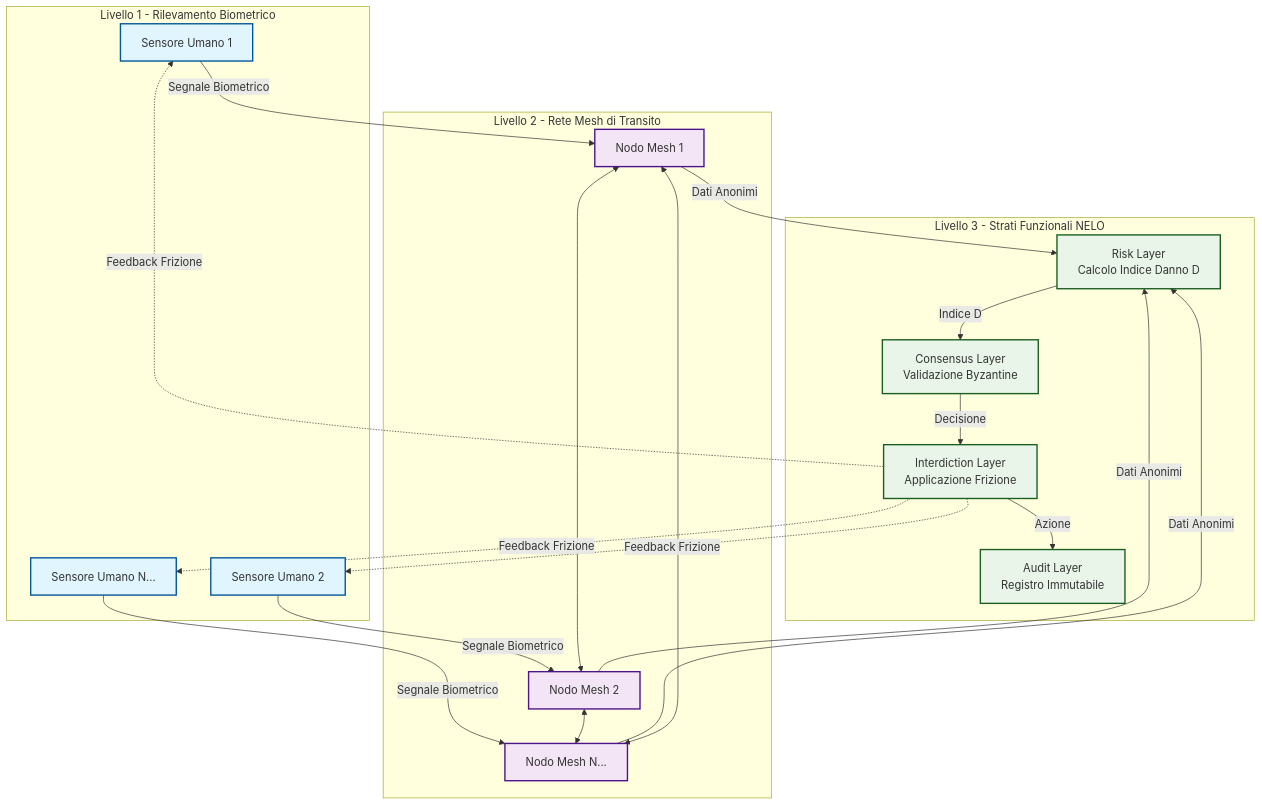
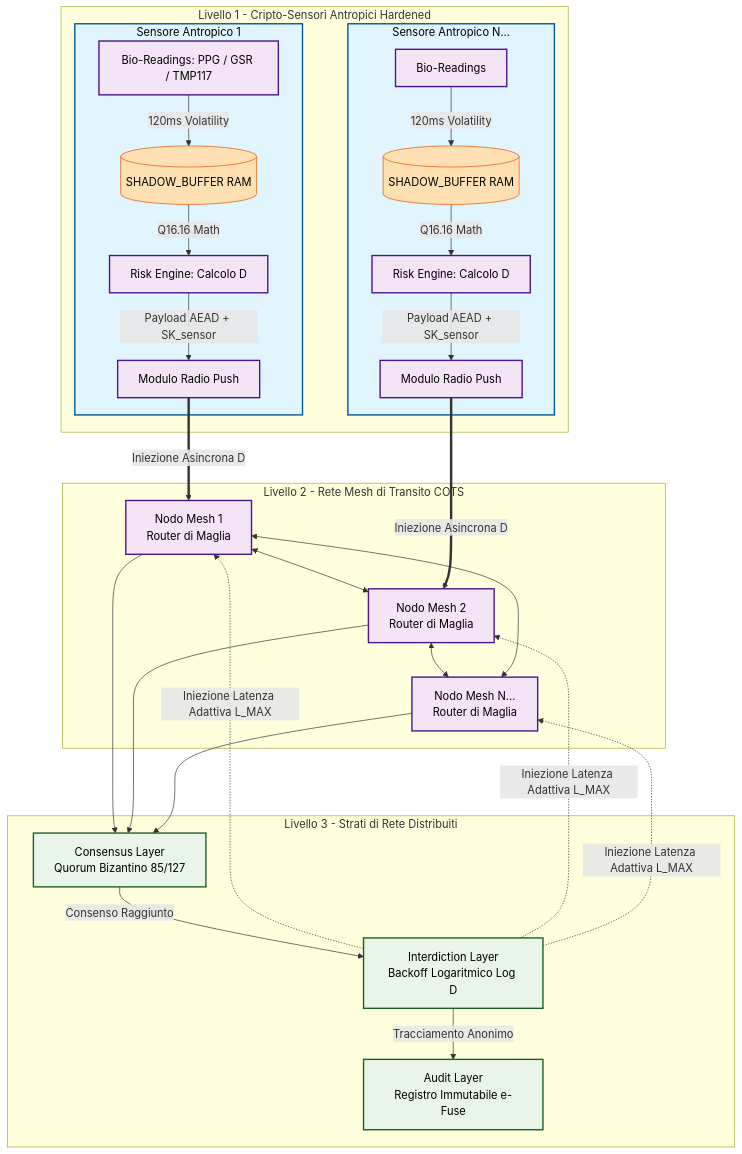
Before and after one commit to Architetto69/nelo-protocol: the diagram in .github/docs/Schema_Concettuale.md, drawn with Mermaid. The commit also changed other lines of this file, not shown here.

````diff
--- a/.github/docs/Schema_Concettuale.md
+++ b/.github/docs/Schema_Concettuale.md
@@ -3,56 +3,62 @@
 ```mermaid
 graph TB
-    %% Livello 1: Sensori Biometrici
-    subgraph L1 [Livello 1 - Rilevamento Biometrico]
-        S1[Sensore Umano 1]
-        S2[Sensore Umano 2]
-        S3[Sensore Umano N...]
+    %% Livello 1: Cripto-Sensori Antropici (Calcolo Locale e Blindato)
+    subgraph L1 [Livello 1 - Cripto-Sensori Antropici Hardened]
+        subgraph S1 [Sensore Antropico 1]
+            B1[Bio-Readings: PPG / GSR / TMP117] -->|120ms Volatility| MB1[(SHADOW_BUFFER RAM)]
+            MB1 -->|Q16.16 Math| RL1[Risk Engine: Calcolo D]
+            RL1 -->|Payload AEAD + SK_sensor| TX1[Modulo Radio Push]
+        end
+        subgraph S2 [Sensore Antropico N...]
+            B2[Bio-Readings] -->|120ms Volatility| MB2[(SHADOW_BUFFER RAM)]
+            MB2 -->|Q16.16 Math| RL2[Risk Engine: Calcolo D]
+            RL2 -->|Payload AEAD + SK_sensor| TX2[Modulo Radio Push]
+        end
     end
 
-    %% Livello 2: Nodi di Transito
-    subgraph L2 [Livello 2 - Rete Mesh di Transito]
-        N1[Nodo Mesh 1]
-        N2[Nodo Mesh 2]
-        N3[Nodo Mesh N...]
+    %% Livello 2: Rete Mesh di Transito Sacrificabile
+    subgraph L2 [Livello 2 - Rete Mesh di Transito COTS]
+        N1[Nodo Mesh 1 <br/>Router di Maglia]
+        N2[Nodo Mesh 2 <br/>Router di Maglia]
+        N3[Nodo Mesh N... <br/>Router di Maglia]
+        
+        N1 <--> N2
+        N2 <--> N3
+        N3 <--> N1
     end
 
-    %% Livello 3: Strati Funzionali
-    subgraph L3 [Livello 3 - Strati Funzionali NELO]
-        RL[Risk Layer<br/>Calcolo Indice Danno D]
-        CL[Consensus Layer<br/>Validazione Byzantine]
-        IL[Interdiction Layer<br/>Applicazione Frizione]
-        AL[Audit Layer<br/>Registro Immutabile]
+    %% Livello 3: Strati Consensuali e di Interdizione Distribuiti
+    subgraph L3 [Livello 3 - Strati di Rete Distribuiti]
+        CL[Consensus Layer<br/>Quorum Bizantino 85/127]
+        IL[Interdiction Layer<br/>Backoff Logaritmico Log D]
+        AL[Audit Layer<br/>Registro Immutabile e-Fuse]
     end
 
-    %% Collegamenti principali
-    S1 -- Segnale Biometrico --> N1
-    S2 -- Segnale Biometrico --> N2
-    S3 -- Segnale Biometrico --> N3
+    %% Flusso Unidirezionale dei Dati
+    TX1 ==>|Iniezione Asincrona D| N1
+    TX2 ==>|Iniezione Asincrona D| N2
 
-    N1 -- Dati Anonimi --> RL
-    N2 -- Dati Anonimi --> RL
-    N3 -- Dati Anonimi --> RL
+    %% Elaborazione e Consenso di Rete
+    N1 --> CL
+    N2 --> CL
+    N3 --> CL
+    
+    CL -->|Consenso Raggiunto| IL
+    IL -->|Tracciamento Anonimo| AL
 
-    RL -- Indice D --> CL
-    CL -- Decisione --> IL
-    IL -- Azione --> AL
+    %% Applicazione della Frizione Meccanica (Feedback sulla Rete)
+    IL -.->|Iniezione Latenza Adattiva L_MAX| N1
+    IL -.->|Iniezione Latenza Adattiva L_MAX| N2
+    IL -.->|Iniezione Latenza Adattiva L_MAX| N3
 
-    %% Collegamenti di ritorno
-    IL -. Feedback Frizione .-> S1
-    IL -. Feedback Frizione .-> S2
-    IL -. Feedback Frizione .-> S3
+    %% Stili Rigorosi
+    classDef sensor fill:#e1f5fe,stroke:#01579b,stroke-width:2px,color:#000
+    classDef buffer fill:#ffe0b2,stroke:#e65100,stroke-width:1px,color:#000
+    classDef node fill:#f3e5f5,stroke:#4a148c,stroke-width:2px,color:#000
+    classDef layer fill:#e8f5e8,stroke:#1b5e20,stroke-width:2px,color:#000
 
-    %% Collegamenti orizzontali (mesh)
-    N1 <--> N2
-    N2 <--> N3
-    N3 <--> N1
-
-    %% Stile e disposizione
-    classDef sensor fill:#e1f5fe,stroke:#01579b,stroke-width:2px
-    classDef node fill:#f3e5f5,stroke:#4a148c,stroke-width:2px
-    classDef layer fill:#e8f5e8,stroke:#1b5e20,stroke-width:2px
-
-    class S1,S2,S3 sensor
+    class S1,S2 sensor
+    class MB1,MB2 buffer
     class N1,N2,N3 node
-    class RL,CL,IL,AL layer
+    class CL,IL,AL layer
 ```
````
